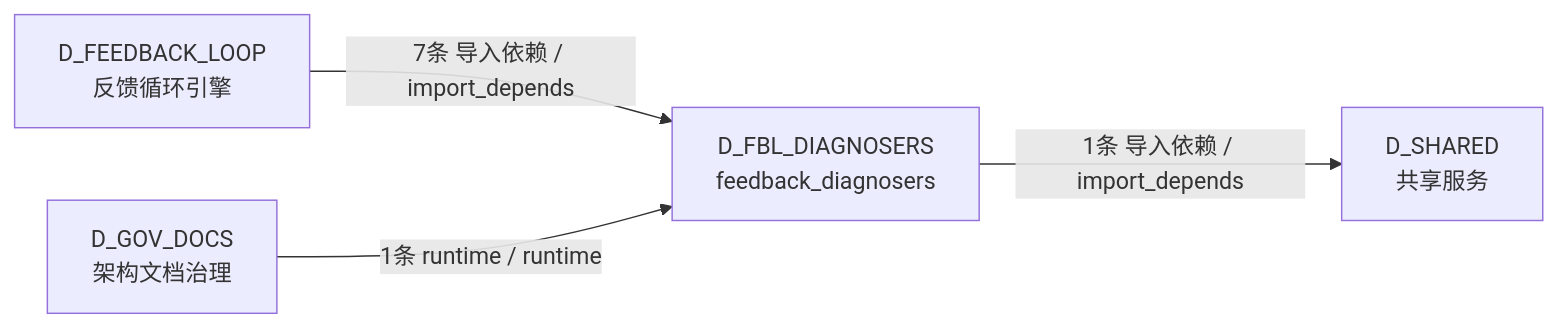
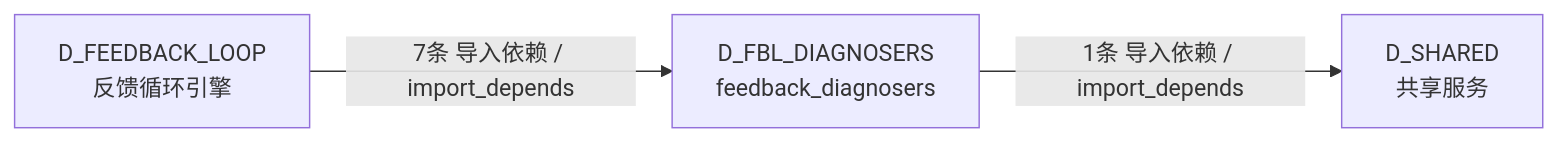
The sixth of 6 diagrams in docs/02_enterprise_architecture/02_domain_architecture_docs/12_d_fbl_diagnosers.md (xuanFelixVan/ZephyrAlpha), drawn with Mermaid before and after one commit. The commit also changed other lines of this file and 101 other files, not shown here.

````diff
--- a/docs/02_enterprise_architecture/02_domain_architecture_docs/12_d_fbl_diagnosers.md
+++ b/docs/02_enterprise_architecture/02_domain_architecture_docs/12_d_fbl_diagnosers.md
@@ -430,10 +423,8 @@
 ```mermaid
 graph LR
     D_FBL_DIAGNOSERS["D_FBL_DIAGNOSERS<br/>feedback_diagnosers"]
     D_SHARED["D_SHARED<br/>共享服务"]
     D_FEEDBACK_LOOP["D_FEEDBACK_LOOP<br/>反馈循环引擎"]
-    D_GOV_DOCS["D_GOV_DOCS<br/>架构文档治理"]
     D_FBL_DIAGNOSERS -->|1条 导入依赖 / import_depends| D_SHARED
     D_FEEDBACK_LOOP -->|7条 导入依赖 / import_depends| D_FBL_DIAGNOSERS
-    D_GOV_DOCS -->|1条 runtime / runtime| D_FBL_DIAGNOSERS
 ```
````
